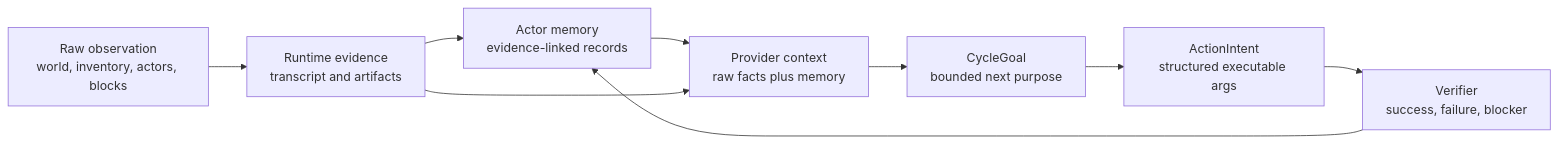
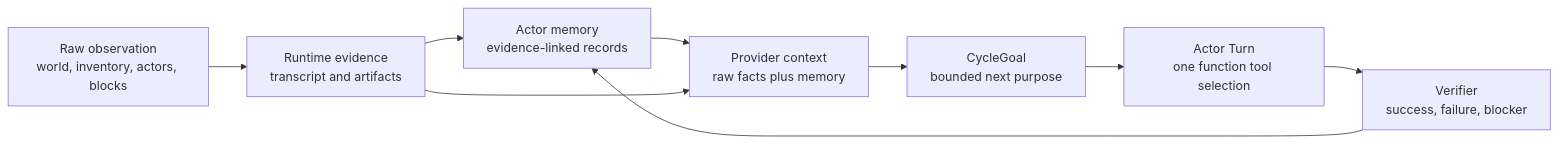
Before and after one commit to gigio1023/minecraft-llm-agent-community: the first of 3 diagrams in project-docs/Architecture/Actor-Memory-Observation-And-Action-Space-Plan.md, drawn with Mermaid. The commit also changed other lines of this file and 21 other files, not shown here.

Commit message:
Align docs with Actor Turn tool flow

````diff
--- a/project-docs/Architecture/Actor-Memory-Observation-And-Action-Space-Plan.md
+++ b/project-docs/Architecture/Actor-Memory-Observation-And-Action-Space-Plan.md
@@ -30,13 +30,13 @@
 ```mermaid
 flowchart LR
   Obs["Raw observation<br/>world, inventory, actors, blocks"]
   Evidence["Runtime evidence<br/>transcript and artifacts"]
   Memory["Actor memory<br/>evidence-linked records"]
   Context["Provider context<br/>raw facts plus memory"]
   Goal["CycleGoal<br/>bounded next purpose"]
-  Action["ActionIntent<br/>structured executable args"]
+  Turn["Actor Turn<br/>one function tool selection"]
   Verify["Verifier<br/>success, failure, blocker"]
-  Obs --> Evidence --> Memory --> Context --> Goal --> Action --> Verify
+  Obs --> Evidence --> Memory --> Context --> Goal --> Turn --> Verify
   Evidence --> Context
   Verify --> Memory
 ```
````
